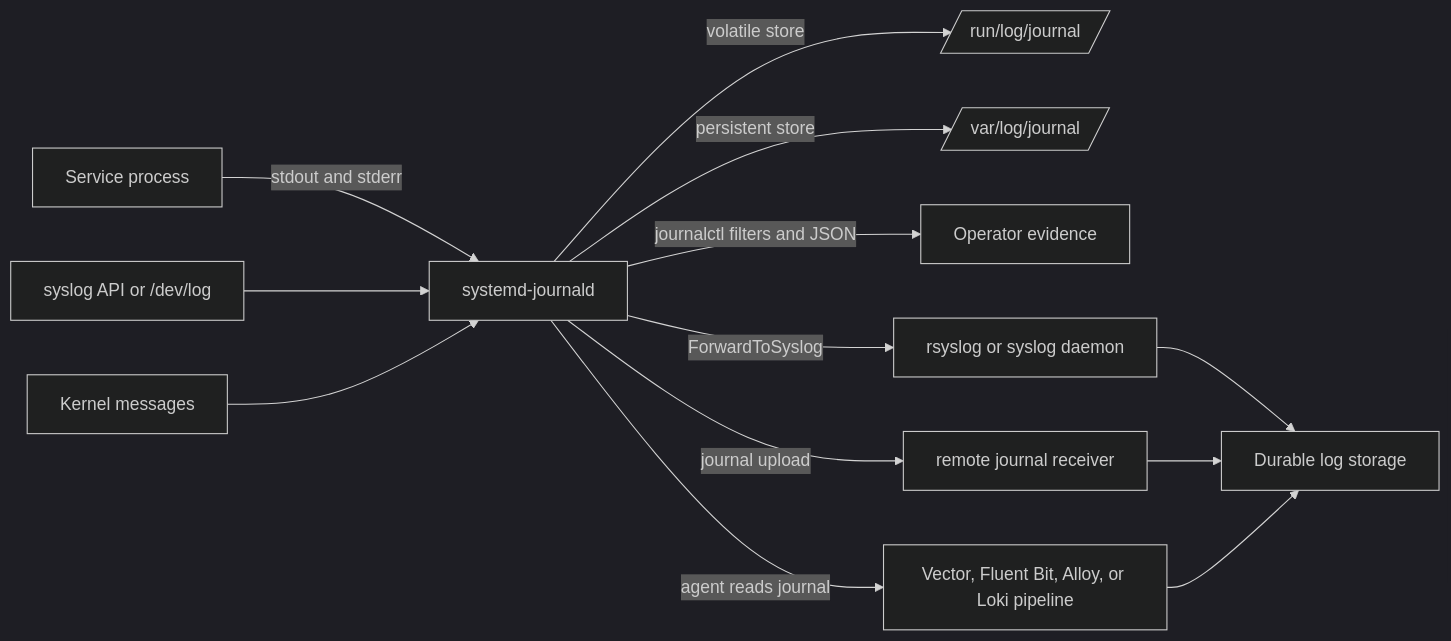
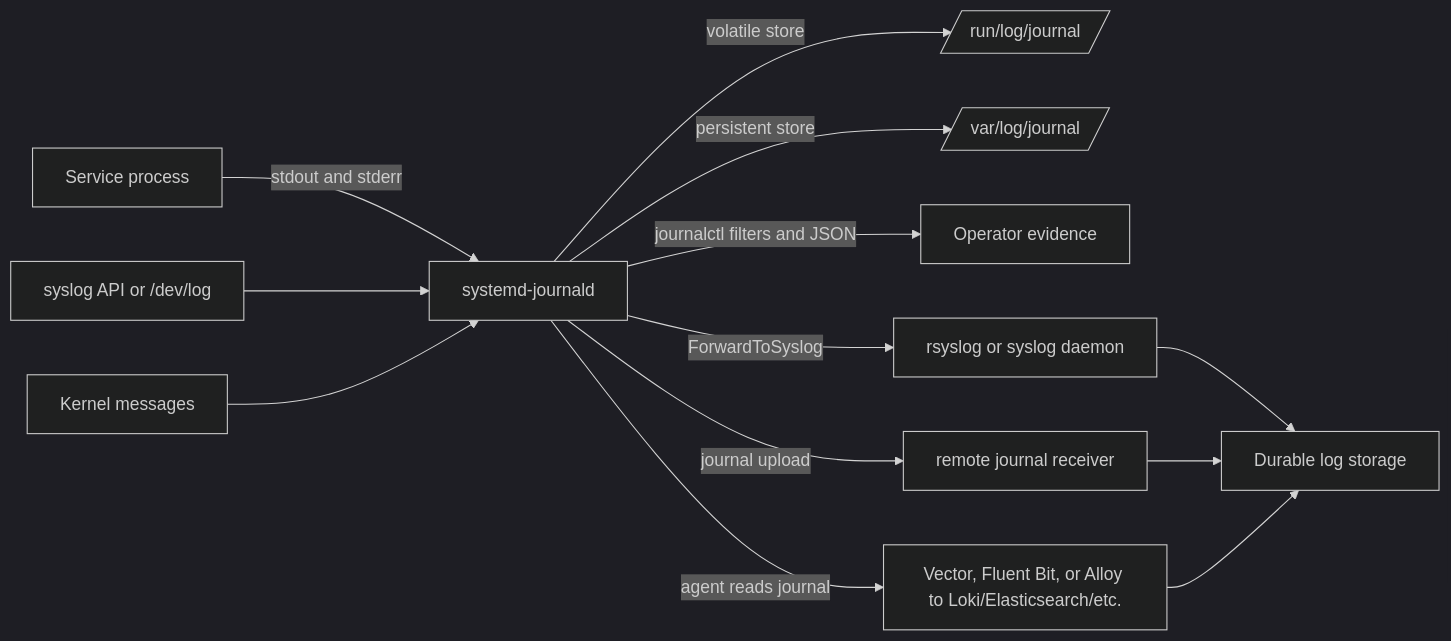
Before and after one commit to kube-dojo/kube-dojo: the second of 2 diagrams in src/content/docs/linux/foundations/everyday-use/module-0.4-services-logs.md, drawn with Mermaid (dark theme). The commit also changed other lines of this file, not shown here.

Commit message:
fix(linux): services-logs R1 — Loki mermaid label + syslog priority numbering + 3 nits

````diff
--- a/src/content/docs/linux/foundations/everyday-use/module-0.4-services-logs.md
+++ b/src/content/docs/linux/foundations/everyday-use/module-0.4-services-logs.md
@@ -243,15 +245,15 @@
 ```mermaid
 flowchart LR
     P[Service process] -->|stdout and stderr| J[systemd-journald]
     S[syslog API or /dev/log] --> J
     K[Kernel messages] --> J
     J -->|volatile store| R[/run/log/journal/]
     J -->|persistent store| V[/var/log/journal/]
     J -->|journalctl filters and JSON| O[Operator evidence]
     J -->|ForwardToSyslog| X[rsyslog or syslog daemon]
     J -->|journal upload| U[remote journal receiver]
-    J -->|agent reads journal| A[Vector, Fluent Bit, Alloy, or Loki pipeline]
+    J -->|agent reads journal| A[Vector, Fluent Bit, or Alloy to Loki/Elasticsearch/etc.]
     X --> D[Durable log storage]
     U --> D
     A --> D
 ```
````
